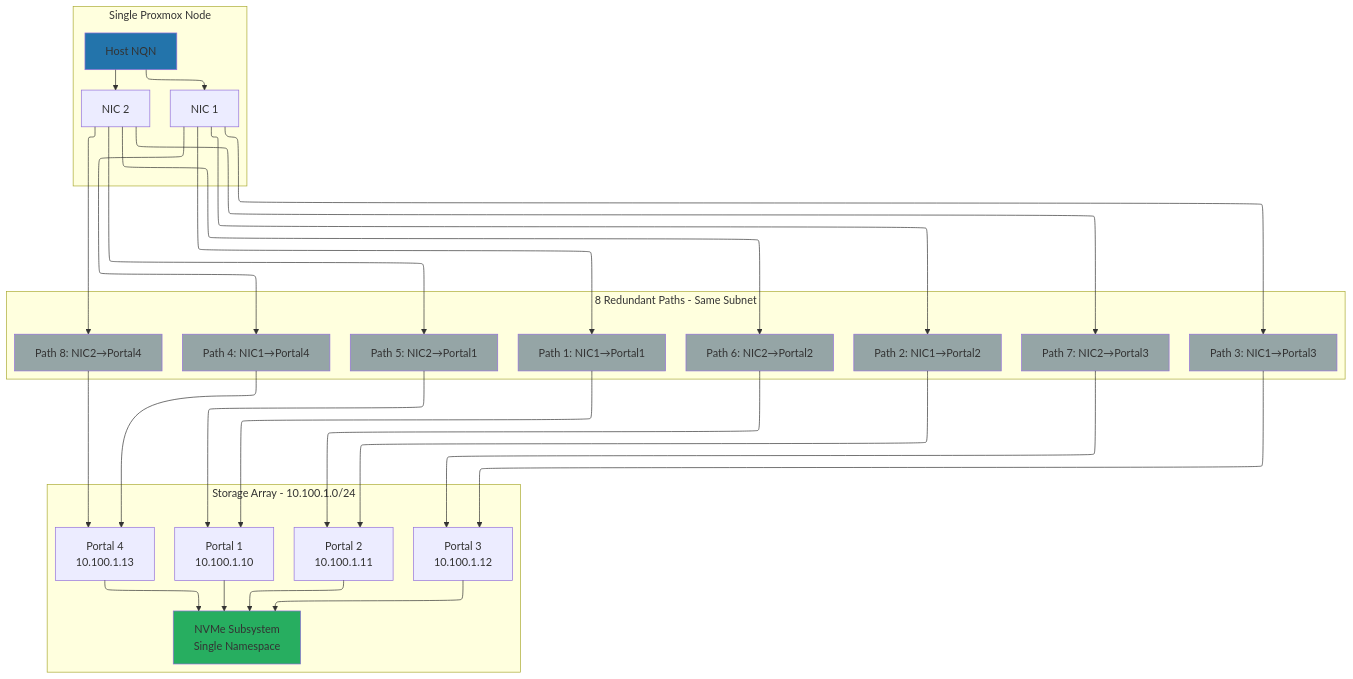
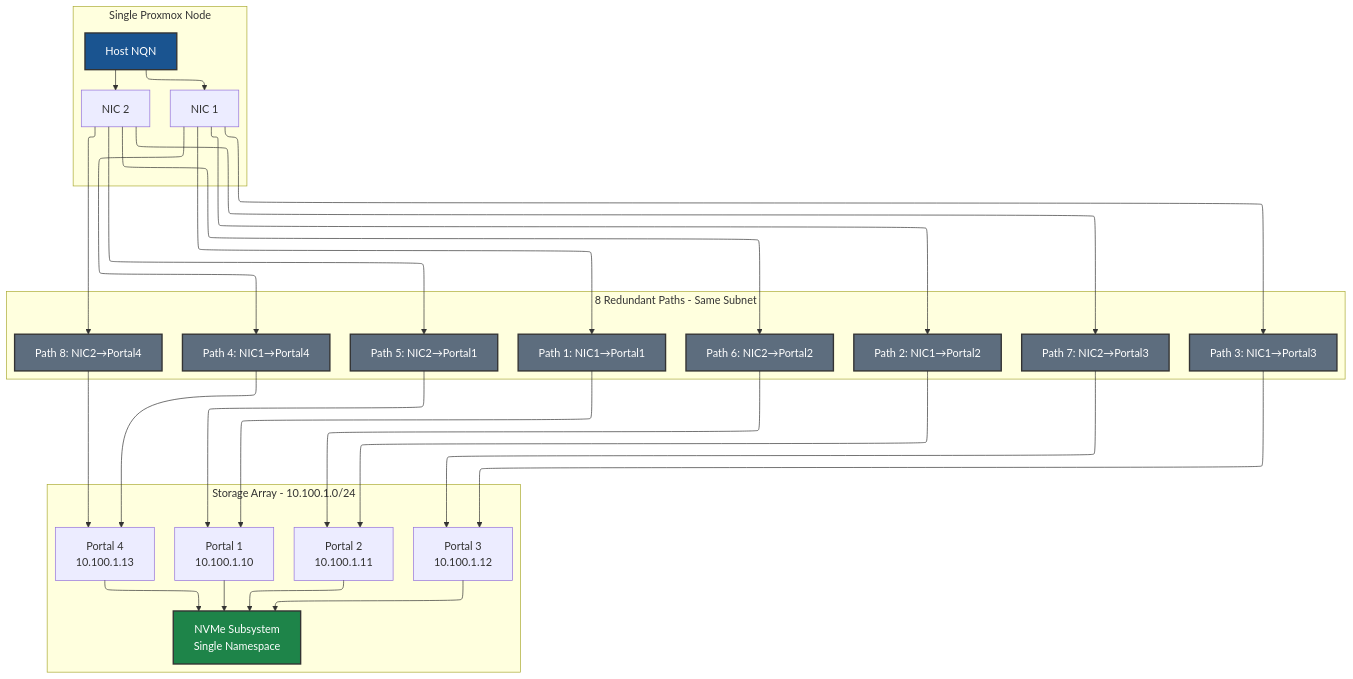
Before and after one commit to khensler/Quickstart-Guides: the fourth of 8 diagrams in Proxmox/nvme-tcp/BEST-PRACTICES.md, drawn with Mermaid. The commit also changed other lines of this file and 106 other files, not shown here.

````diff
--- a/Proxmox/nvme-tcp/BEST-PRACTICES.md
+++ b/Proxmox/nvme-tcp/BEST-PRACTICES.md
@@ -400,56 +421,56 @@
 ```mermaid
 flowchart-elk
     subgraph "Single Proxmox Node"
         HOST[Host NQN]
         NIC1[NIC 1]
         NIC2[NIC 2]
     end
 
     subgraph "8 Redundant Paths - Same Subnet"
         P1[Path 1: NIC1→Portal1]
         P2[Path 2: NIC1→Portal2]
         P3[Path 3: NIC1→Portal3]
         P4[Path 4: NIC1→Portal4]
         P5[Path 5: NIC2→Portal1]
         P6[Path 6: NIC2→Portal2]
         P7[Path 7: NIC2→Portal3]
         P8[Path 8: NIC2→Portal4]
     end
 
     subgraph "Storage Array - 10.100.1.0/24"
         SUBSYS[NVMe Subsystem<br/>Single Namespace]
         PORTAL1[Portal 1<br/>10.100.1.10]
         PORTAL2[Portal 2<br/>10.100.1.11]
         PORTAL3[Portal 3<br/>10.100.1.12]
         PORTAL4[Portal 4<br/>10.100.1.13]
     end
 
     HOST --> NIC1
     HOST --> NIC2
 
     NIC1 --> P1 --> PORTAL1
     NIC1 --> P2 --> PORTAL2
     NIC1 --> P3 --> PORTAL3
     NIC1 --> P4 --> PORTAL4
 
     NIC2 --> P5 --> PORTAL1
     NIC2 --> P6 --> PORTAL2
     NIC2 --> P7 --> PORTAL3
     NIC2 --> P8 --> PORTAL4
 
     PORTAL1 --> SUBSYS
     PORTAL2 --> SUBSYS
     PORTAL3 --> SUBSYS
     PORTAL4 --> SUBSYS
 
-    style HOST fill:#2374ab
-    style SUBSYS fill:#27ae60
-    style P1 fill:#95a5a6
-    style P2 fill:#95a5a6
-    style P3 fill:#95a5a6
-    style P4 fill:#95a5a6
-    style P5 fill:#95a5a6
-    style P6 fill:#95a5a6
-    style P7 fill:#95a5a6
-    style P8 fill:#95a5a6
+    style HOST fill:#1a5490,stroke:#333,stroke-width:2px,color:#fff
+    style SUBSYS fill:#1e8449,stroke:#333,stroke-width:2px,color:#fff
+    style P1 fill:#5d6d7e,stroke:#333,stroke-width:2px,color:#fff
+    style P2 fill:#5d6d7e,stroke:#333,stroke-width:2px,color:#fff
+    style P3 fill:#5d6d7e,stroke:#333,stroke-width:2px,color:#fff
+    style P4 fill:#5d6d7e,stroke:#333,stroke-width:2px,color:#fff
+    style P5 fill:#5d6d7e,stroke:#333,stroke-width:2px,color:#fff
+    style P6 fill:#5d6d7e,stroke:#333,stroke-width:2px,color:#fff
+    style P7 fill:#5d6d7e,stroke:#333,stroke-width:2px,color:#fff
+    style P8 fill:#5d6d7e,stroke:#333,stroke-width:2px,color:#fff
 ```
````
